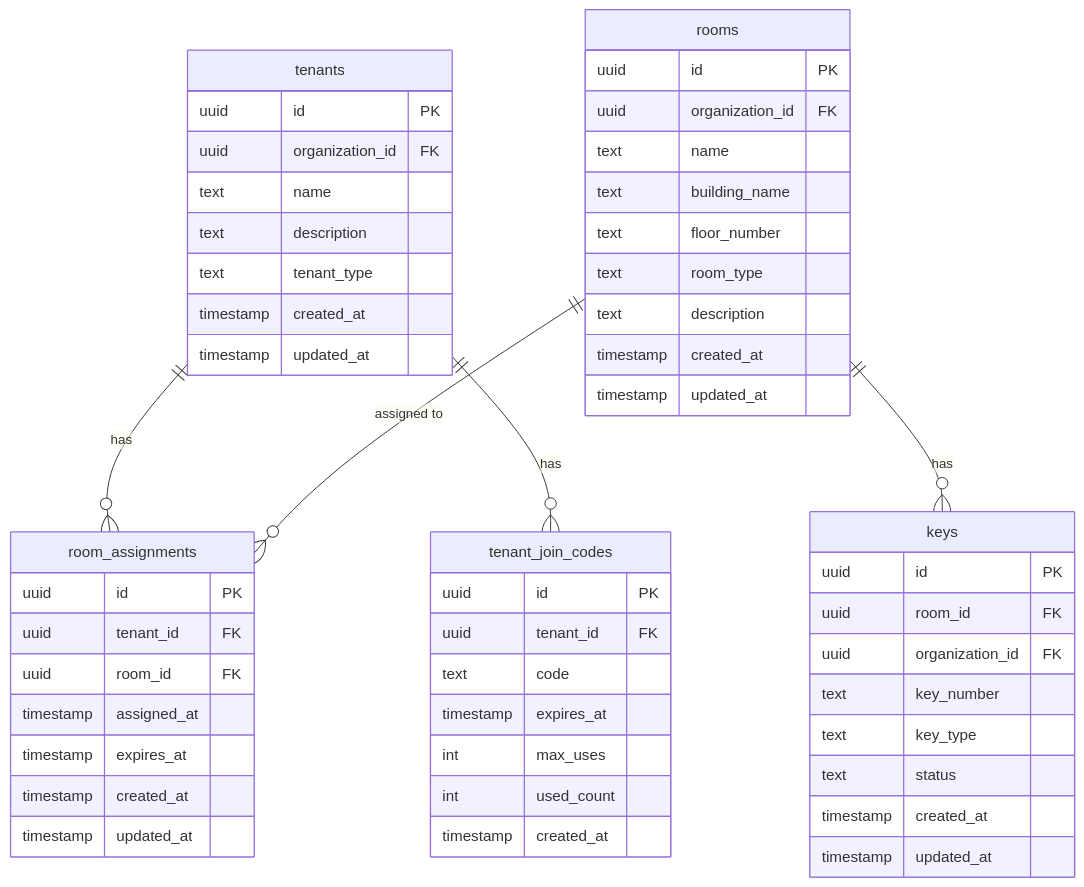
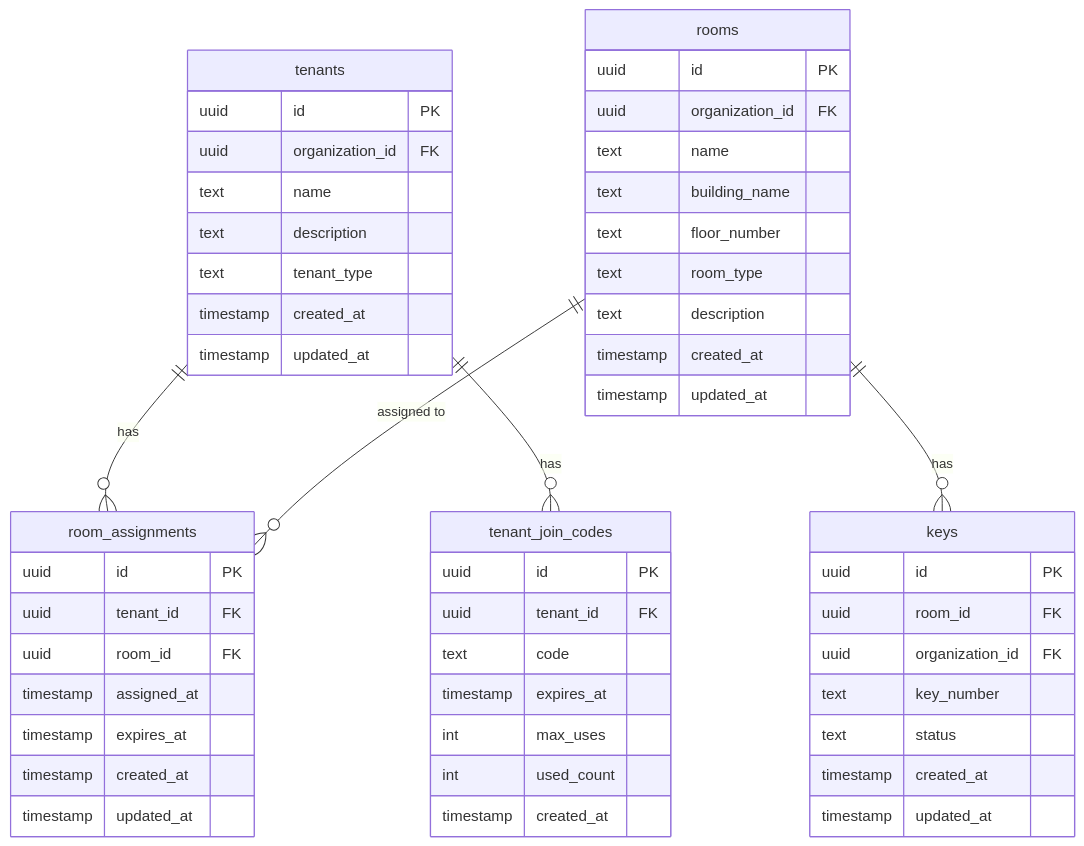
One commit to shibayama-club/keyhub changed the diagram in backend/docs/room-key/02-database-design.md. Above: the diagram before and after it, drawn with Mermaid. The commit also changed other lines of this file and 2 other files, not shown here.

````diff
--- a/backend/docs/room-key/02-database-design.md
+++ b/backend/docs/room-key/02-database-design.md
@@ -5,60 +5,59 @@
 ```mermaid
 erDiagram
     tenants ||--o{ room_assignments : "has"
     tenants ||--o{ tenant_join_codes : "has"
     rooms ||--o{ room_assignments : "assigned to"
     rooms ||--o{ keys : "has"
 
     tenants {
         uuid id PK
         uuid organization_id FK
         text name
         text description
         text tenant_type
         timestamp created_at
         timestamp updated_at
     }
 
     rooms {
         uuid id PK
         uuid organization_id FK
         text name
         text building_name
         text floor_number
         text room_type
         text description
         timestamp created_at
         timestamp updated_at
     }
 
     keys {
         uuid id PK
         uuid room_id FK
         uuid organization_id FK
         text key_number
-        text key_type
         text status
         timestamp created_at
         timestamp updated_at
     }
 
     room_assignments {
         uuid id PK
         uuid tenant_id FK
         uuid room_id FK
         timestamp assigned_at
         timestamp expires_at
         timestamp created_at
         timestamp updated_at
     }
 
     tenant_join_codes {
         uuid id PK
         uuid tenant_id FK
         text code
         timestamp expires_at
         int max_uses
         int used_count
         timestamp created_at
     }
 ```
````
